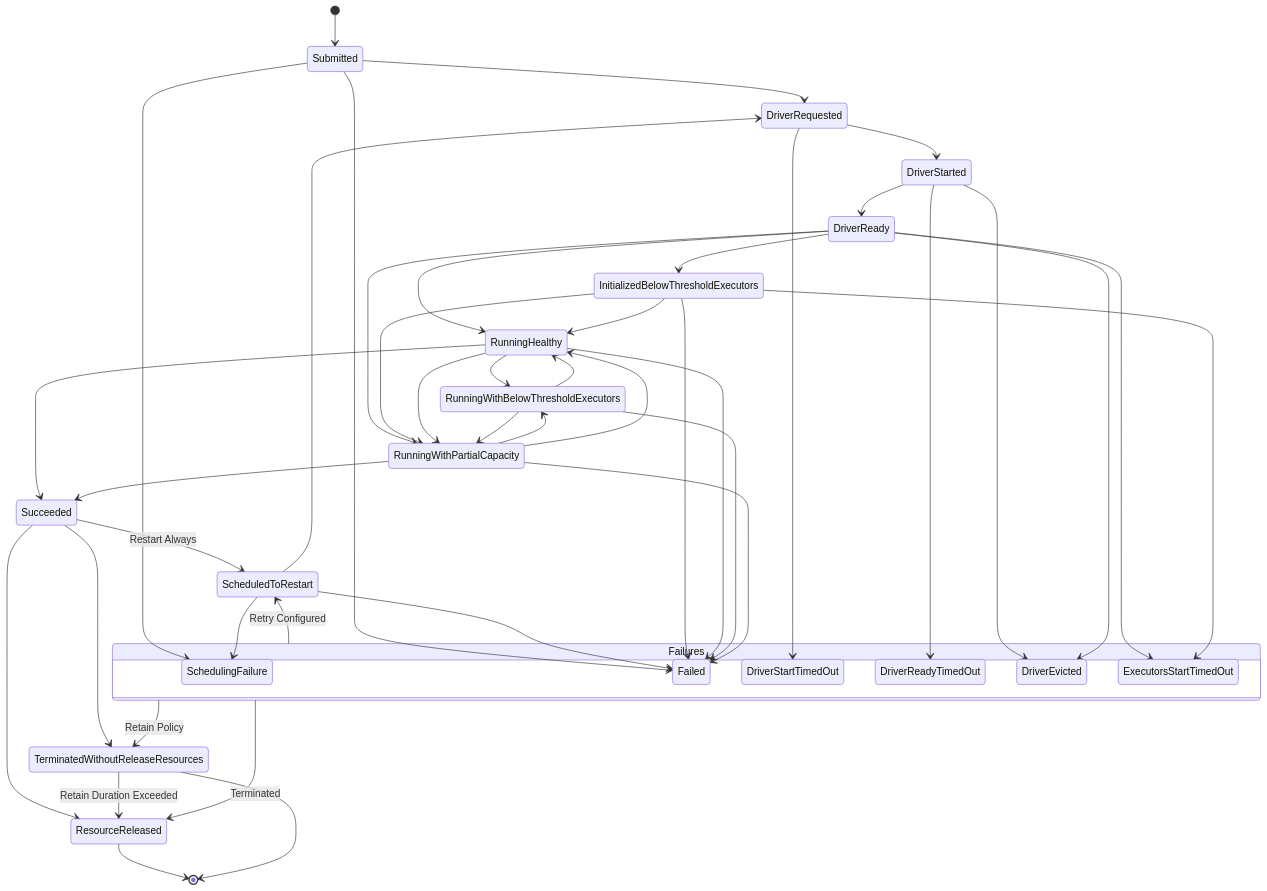
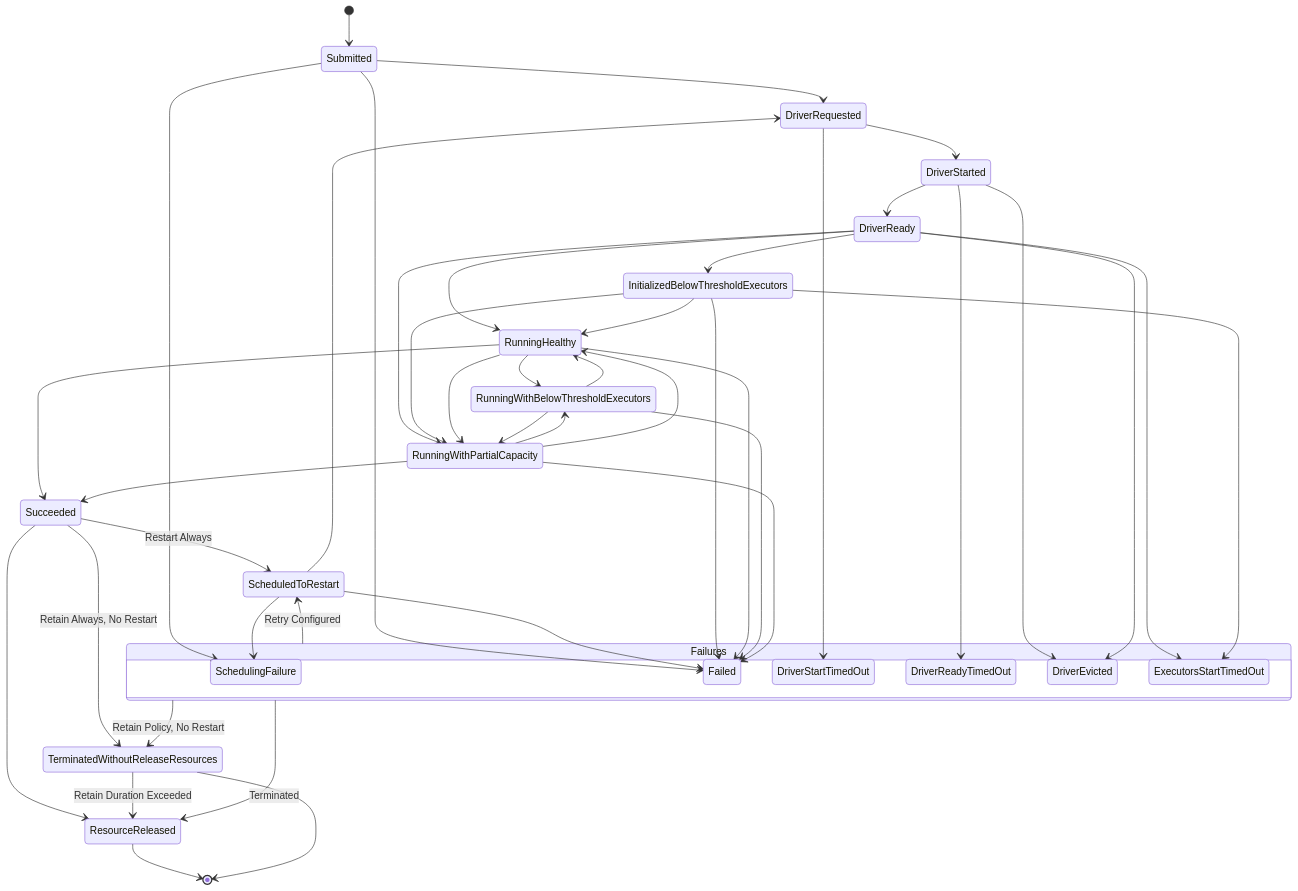
One commit to apache/spark-kubernetes-operator changed the second of 3 diagrams in docs/architecture.md. Above: the diagram before and after it, drawn with Mermaid. The commit also changed 5 other files, not shown here.

First line of the commit message:
[SPARK-59732] Terminate as `ResourceReleased` when resources are force released for restart

````diff
--- a/docs/architecture.md
+++ b/docs/architecture.md
@@ -96,67 +96,67 @@
 ```mermaid
 stateDiagram-v2
 
     [*] --> Submitted
 
     Submitted --> DriverRequested
     Submitted --> SchedulingFailure
     Submitted --> Failed
 
     ScheduledToRestart --> DriverRequested
     ScheduledToRestart --> SchedulingFailure
     ScheduledToRestart --> Failed
 
     DriverRequested --> DriverStarted
     DriverRequested --> DriverStartTimedOut
 
     DriverStarted --> DriverReady
     DriverStarted --> DriverReadyTimedOut
     DriverStarted --> DriverEvicted
 
     DriverReady --> RunningHealthy
     DriverReady --> InitializedBelowThresholdExecutors
     DriverReady --> RunningWithPartialCapacity
     DriverReady --> ExecutorsStartTimedOut
     DriverReady --> DriverEvicted
 
     InitializedBelowThresholdExecutors --> RunningHealthy
     InitializedBelowThresholdExecutors --> RunningWithPartialCapacity
     InitializedBelowThresholdExecutors --> ExecutorsStartTimedOut
     InitializedBelowThresholdExecutors --> Failed
 
     RunningHealthy --> Succeeded
     RunningHealthy --> RunningWithBelowThresholdExecutors
     RunningHealthy --> RunningWithPartialCapacity
     RunningHealthy --> Failed
 
     RunningWithBelowThresholdExecutors --> RunningWithPartialCapacity
     RunningWithBelowThresholdExecutors --> RunningHealthy
     RunningWithBelowThresholdExecutors --> Failed
 
     RunningWithPartialCapacity --> RunningWithBelowThresholdExecutors
     RunningWithPartialCapacity --> RunningHealthy
     RunningWithPartialCapacity --> Succeeded
     RunningWithPartialCapacity --> Failed
 
     state Failures {
         SchedulingFailure
         DriverStartTimedOut
         DriverReadyTimedOut
         ExecutorsStartTimedOut
         DriverEvicted
         Failed
     }
 
     Failures --> ScheduledToRestart : Retry Configured
     Failures --> ResourceReleased : Terminated
 
     Succeeded --> ScheduledToRestart : Restart Always
     Succeeded --> ResourceReleased
     ResourceReleased --> [*]
 
     %% Place TerminatedWithoutReleaseResources further to avoid overlap
-    Failures --> TerminatedWithoutReleaseResources : Retain Policy
-    Succeeded --> TerminatedWithoutReleaseResources
+    Failures --> TerminatedWithoutReleaseResources : Retain Policy, No Restart
+    Succeeded --> TerminatedWithoutReleaseResources : Retain Always, No Restart
     TerminatedWithoutReleaseResources --> ResourceReleased : Retain Duration Exceeded
     TerminatedWithoutReleaseResources --> [*]
 ```
````
